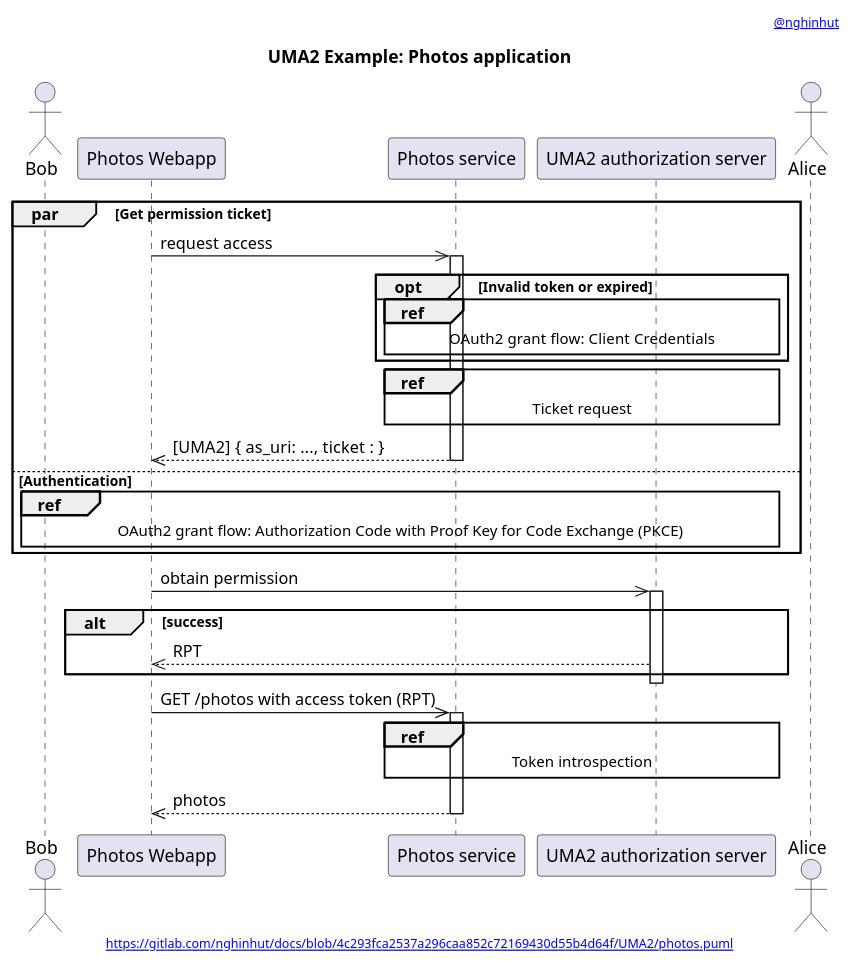
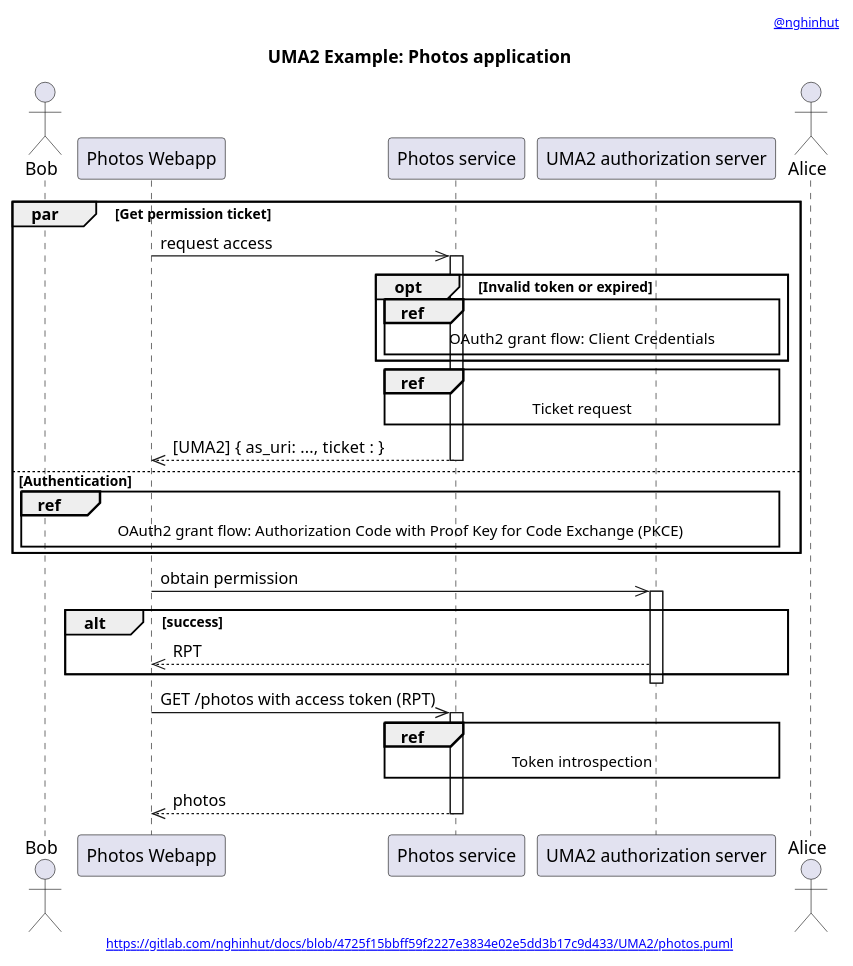
One commit to nghinhut/docs changed the diagram in UMA2/photos.apps.puml. Above: the diagram before and after it, drawn with PlantUML. The commit also changed 18 other files, not shown here.

Commit message:
Update diagrams

```diff
--- a/UMA2/photos.apps.puml
+++ b/UMA2/photos.apps.puml
@@ -1,43 +1,43 @@
 @startuml
 '-----START auto generated metadata please keep comment here to allow auto update-----
 '-----DON'T EDIT THIS SECTION, INSTEAD RE-RUN prebuild.sh TO UPDATE-----
 header [[mailto:nghinhut@gmail.com @nghinhut]]
-footer [[https://gitlab.com/nghinhut/docs/blob/4c293fca2537a296caa852c72169430d55b4d64f/UMA2/photos.puml]]
+footer [[http://www.plantuml.com/plantuml/proxy?fmt=svg&src=https://gitlab.com/nghinhut/docs/raw/4725f15bbff59f2227e3834e02e5dd3b17c9d433/UMA2/photos.puml https://gitlab.com/nghinhut/docs/blob/4725f15bbff59f2227e3834e02e5dd3b17c9d433/UMA2/photos.puml]]
 '-----END auto generated metadata please keep comment here to allow auto update-----
 title UMA2 Example: Photos application
 
 actor "Bob" as rp
 participant "Photos Webapp" as client
 participant "Photos service" as rs
 participant "UMA2 authorization server" as as
 actor "Alice" as ro
 
 par Get permission ticket
     client ->> rs : request access
     activate rs
 
     opt Invalid token or expired
         ref over rs, as : OAuth2 grant flow: Client  Credentials
     end
 
     ref over rs, as : Ticket request
 
     client <<-- rs : [UMA2] { as_uri: ...,  ticket : }
     deactivate rs
 else Authentication
     ref over rp, as : OAuth2 grant flow: Authorization Code with Proof Key for Code Exchange (PKCE)
 end
 
 client ->> as : obtain permission
 activate as
 alt success
 client <<-- as : RPT
 end
 deactivate as
 
 client ->> rs : GET /photos with access token (RPT)
 activate rs
 ref over rs, as : Token introspection
 client <<-- rs : photos
 deactivate rs
 @enduml
```
